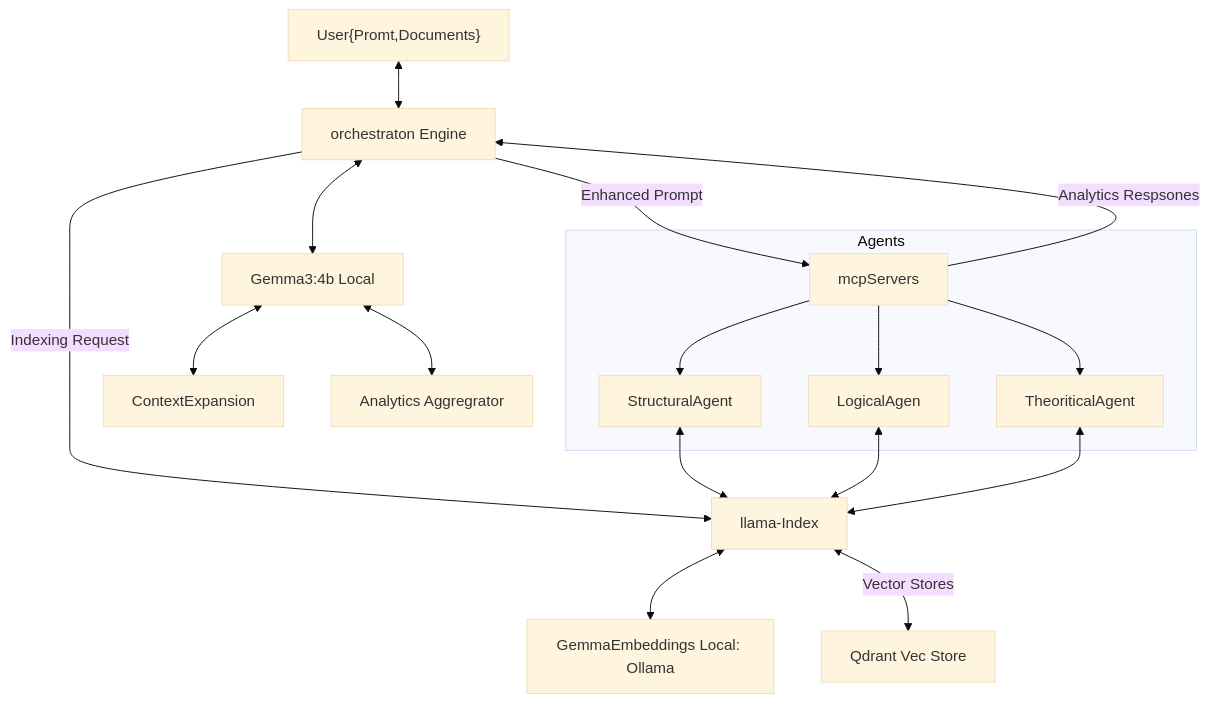
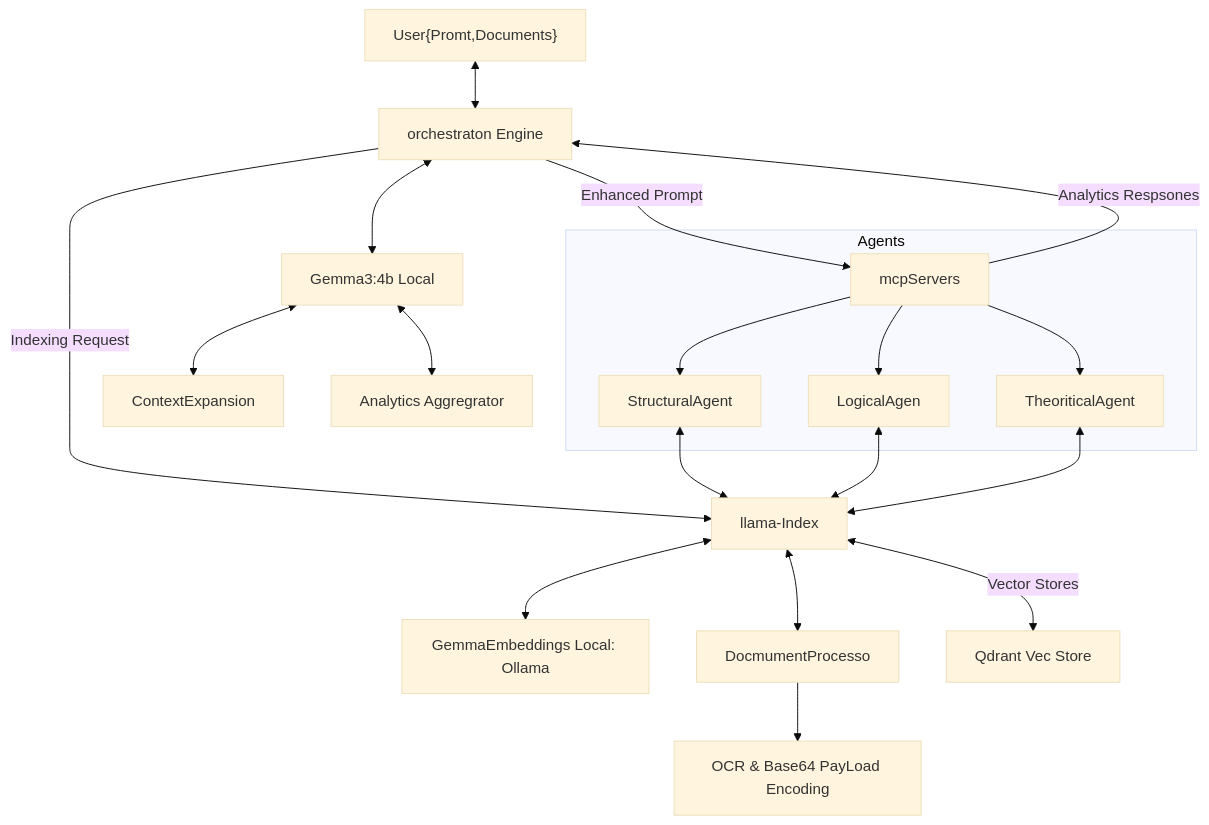
The second of 2 diagrams in README.md (yankeygilbert/FLaap), drawn with Mermaid (base theme) before and after one commit. The commit also changed 11 other files, not shown here.

````diff
--- a/README.md
+++ b/README.md
@@ -58,25 +58,27 @@
 ```mermaid
 
     graph TD
 
     User["User{Promt,Documents}"] <--> orc["orchestraton Engine"]
     orc --> |Indexing Request|Indxing["llama-Index"]
     orc --> |Enhanced Prompt|Mcp["mcpServers"]
     Mcp --> |Analytics Respsones| orc
     orc <--> gemma["Gemma3:4b Local"]
     gemma <--> contxtExp["ContextExpansion"]
     gemma <--> Agg["Analytics Aggregrator"]
 
     subgraph Agents ["Agents"]
     Mcp --> struct["StructuralAgent"]
     Mcp --> log["LogicalAgen"]
     Mcp --> hypo["TheoriticalAgent"]
     end
 
     Indxing <-->Ollama["GemmaEmbeddings Local: Ollama"]
+    Indxing <-->DocP["DocmumentProcesso"]
+    DocP --> ocr["OCR & Base64 PayLoad Encoding"]
     Indxing <-->|Vector Stores| Qdrant["Qdrant Vec Store"]
     struct<--> Indxing
     log <--> Indxing
     hypo <--> Indxing
 
 ```
````
